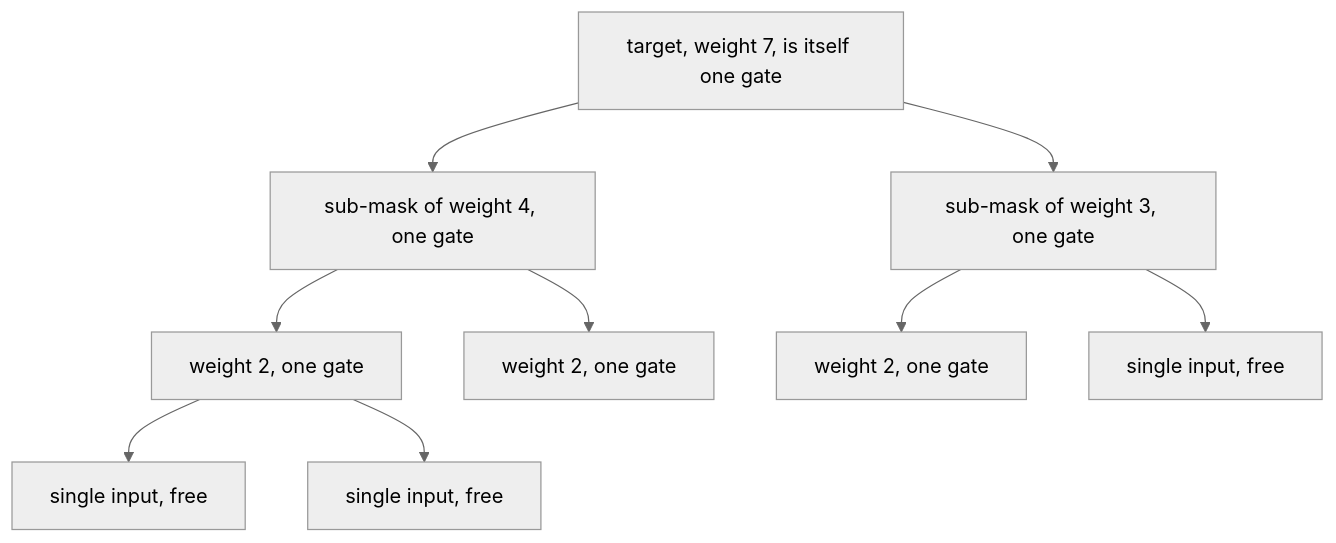
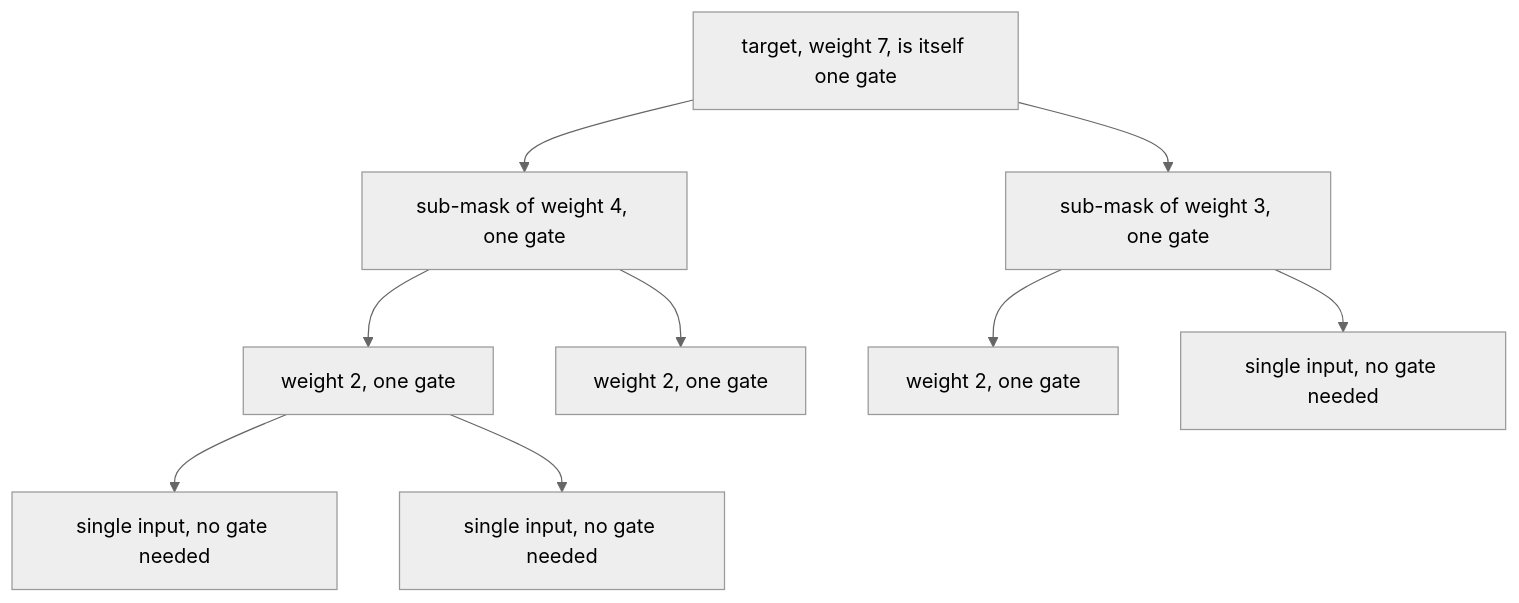
The first of 2 diagrams in bounds/cf_gte92/HOW.md (Joe-b-20/slp-plateau-search), drawn with Mermaid (neutral theme) before and after one commit. The commit also changed other lines of this file and 50 other files, not shown here.

````diff
--- a/bounds/cf_gte92/HOW.md
+++ b/bounds/cf_gte92/HOW.md
@@ -21,11 +21,11 @@
 ```mermaid
 flowchart TD
     T["target, weight 7, is itself one gate"] --> A["sub-mask of weight 4, one gate"]
     T --> B["sub-mask of weight 3, one gate"]
     A --> A1["weight 2, one gate"]
     A --> A2["weight 2, one gate"]
     B --> B1["weight 2, one gate"]
-    B --> B2["single input, free"]
-    A1 --> C1["single input, free"]
-    A1 --> C2["single input, free"]
+    B --> B2["single input, no gate needed"]
+    A1 --> C1["single input, no gate needed"]
+    A1 --> C2["single input, no gate needed"]
 ```
````
